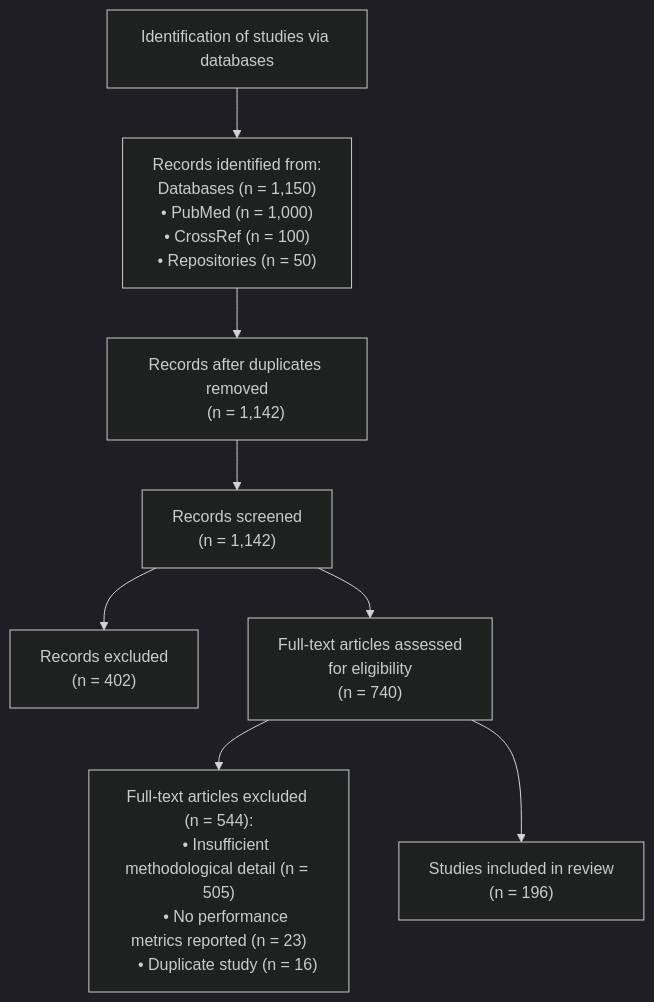
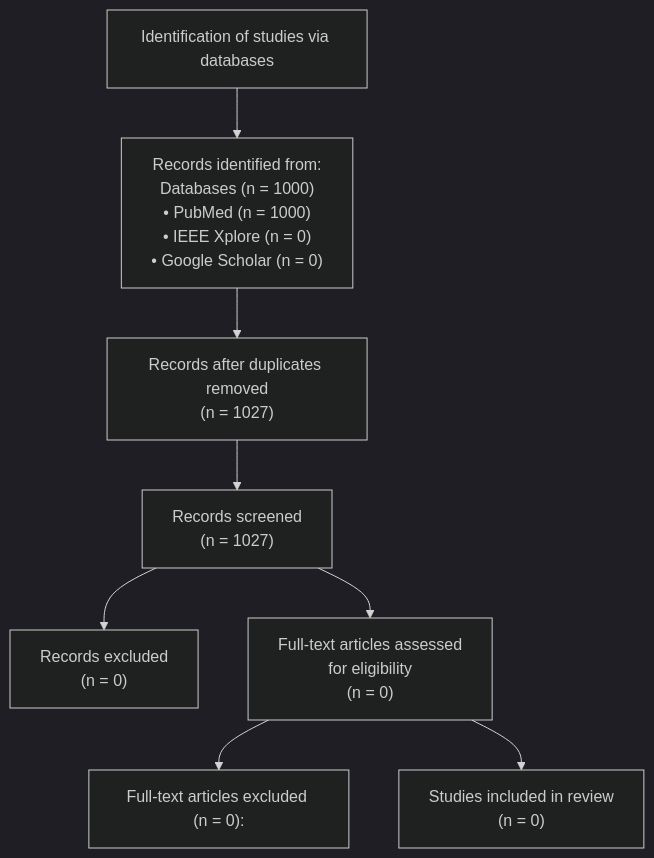
One commit to PythonicBoat/med-rag changed the diagram in artifacts/prisma_diagram.md. Above: the diagram before and after it, drawn with Mermaid (dark theme). The commit also changed other lines of this file and 14 other files, not shown here.

````diff
--- a/artifacts/prisma_diagram.md
+++ b/artifacts/prisma_diagram.md
@@ -3,44 +3,28 @@
 ```mermaid
 flowchart TB
-    %% Identification
     id1["Identification of studies via databases"]
-    
     id2["Records identified from:
-    Databases (n = 1,150)
-    • PubMed (n = 1,000)
-    • CrossRef (n = 100)
-    • Repositories (n = 50)"]
-    
-    %% Screening
+    Databases (n = 1000)
+    • PubMed (n = 1000)
+    • IEEE Xplore (n = 0)
+    • Google Scholar (n = 0)"]
     id3["Records after duplicates removed
-    (n = 1,142)"]
-    
+(n = 1027)"]
     id4["Records screened
-    (n = 1,142)"]
-    
+(n = 1027)"]
     id5["Records excluded
-    (n = 402)"]
-    
-    %% Eligibility
+(n = 0)"]
     id6["Full-text articles assessed 
-    for eligibility
-    (n = 740)"]
-    
-    id7["Full-text articles excluded (n = 544):
-    • Insufficient methodological detail (n = 505)
-    • No performance metrics reported (n = 23)
-    • Duplicate study (n = 16)"]
-    
-    %% Included
+for eligibility
+(n = 0)"]
+    id7["Full-text articles excluded (n = 0):"]
     id8["Studies included in review
-    (n = 196)"]
-    
-    %% Flow connections
+(n = 0)"]
     id1 --> id2
     id2 --> id3
     id3 --> id4
     id4 --> id5
     id4 --> id6
     id6 --> id7
     id6 --> id8
 ```
````
